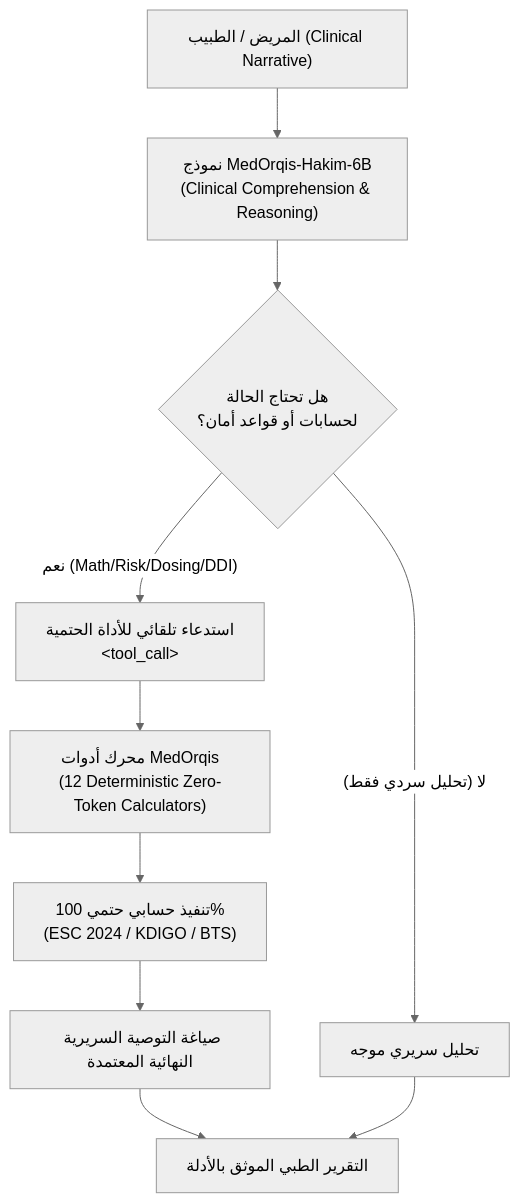
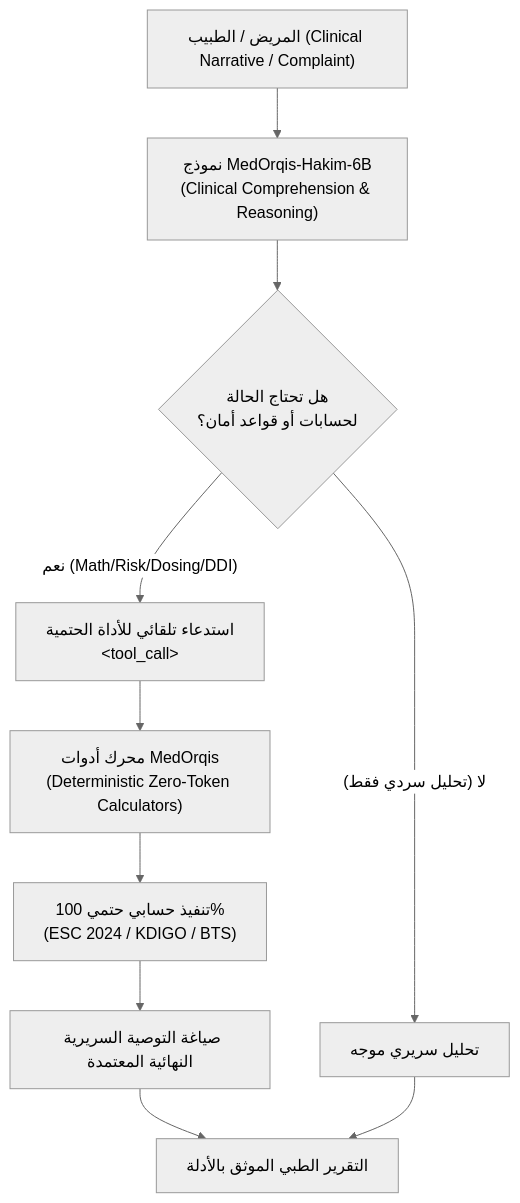
One commit to seotarek/medorqis-llm changed the diagram in README.md. Above: the diagram before and after it, drawn with Mermaid (neutral theme). The commit also changed other lines of this file, not shown here.

Commit message:
docs: restructure README to focus on model usage, serving, and clinical capabilities

````diff
--- a/README.md
+++ b/README.md
@@ -28,12 +30,12 @@
 ```mermaid
 graph TD
-    User["المريض / الطبيب (Clinical Narrative)"] --> HakimBrain["نموذج MedOrqis-Hakim-6B<br/>(Clinical Comprehension & Reasoning)"]
+    User["المريض / الطبيب (Clinical Narrative / Complaint)"] --> HakimBrain["نموذج MedOrqis-Hakim-6B<br/>(Clinical Comprehension & Reasoning)"]
     HakimBrain --> Decision{"هل تحتاج الحالة<br/>لحسابات أو قواعد أمان؟"}
     Decision -- "نعم (Math/Risk/Dosing/DDI)" --> ToolCall["استدعاء تلقائي للأداة الحتمية<br/>&lt;tool_call&gt;"]
-    ToolCall --> MedOrqisTools["محرك أدوات MedOrqis<br/>(12 Deterministic Zero-Token Calculators)"]
+    ToolCall --> MedOrqisTools["محرك أدوات MedOrqis<br/>(Deterministic Zero-Token Calculators)"]
     MedOrqisTools --> Execution["تنفيذ حسابي حتمي 100%<br/>(ESC 2024 / KDIGO / BTS)"]
     Execution --> Synthesis["صياغة التوصية السريرية النهائية المعتمدة"]
     Decision -- "لا (تحليل سردي فقط)" --> Direct["تحليل سريري موجه"]
     Synthesis --> FinalReport["التقرير الطبي الموثق بالأدلة"]
     Direct --> FinalReport
 ```
````
